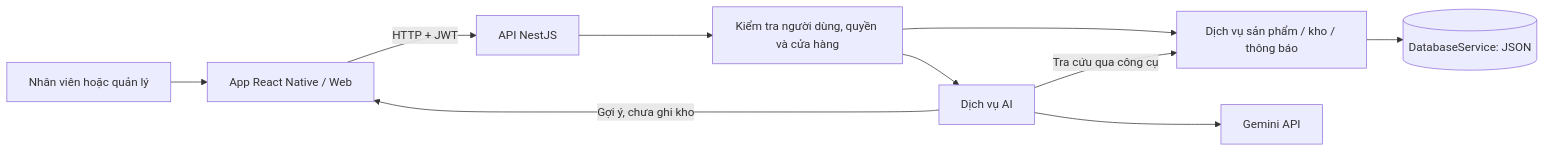
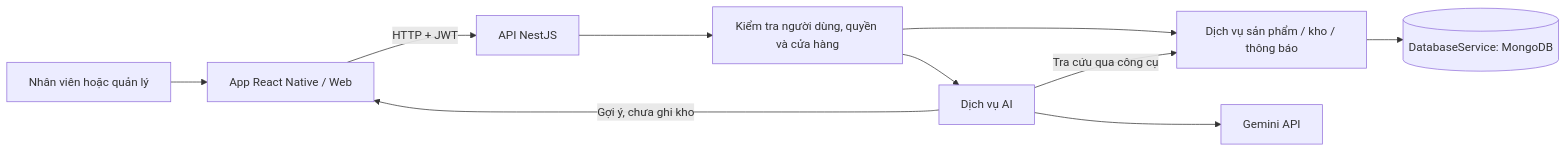
Before and after one commit to NguyenTanHung2005/InventorySupport: the diagram in README.md, drawn with Mermaid. The commit also changed other lines of this file and 180 other files, not shown here.

````diff
--- a/README.md
+++ b/README.md
@@ -59,12 +59,12 @@
 ```mermaid
 flowchart LR
   U[Nhân viên hoặc quản lý] --> A[App React Native / Web]
   A -->|HTTP + JWT| B[API NestJS]
   B --> P[Kiểm tra người dùng, quyền và cửa hàng]
   P --> S[Dịch vụ sản phẩm / kho / thông báo]
-  S --> D[(DatabaseService: JSON)]
+  S --> D[(DatabaseService: MongoDB)]
   P --> AI[Dịch vụ AI]
   AI --> C[Gemini API]
   AI -->|Tra cứu qua công cụ| S
   AI -->|Gợi ý, chưa ghi kho| A
 ```
````
